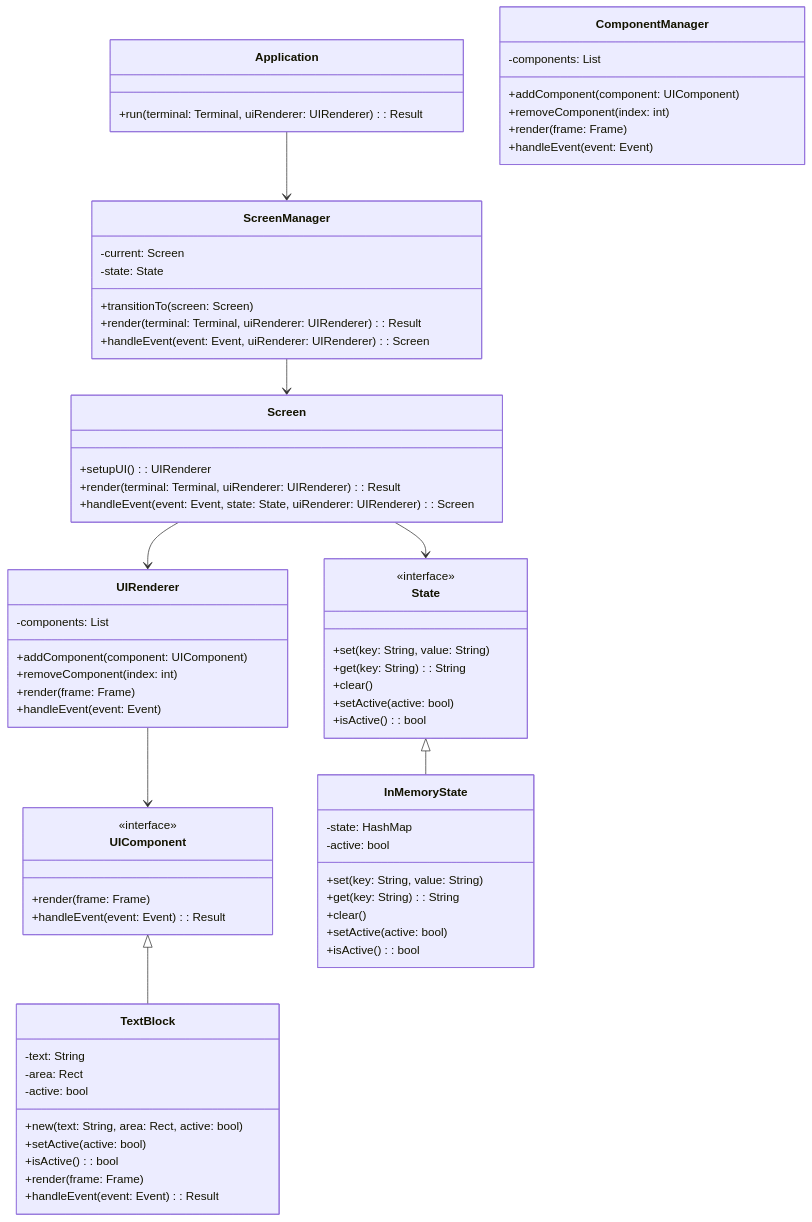
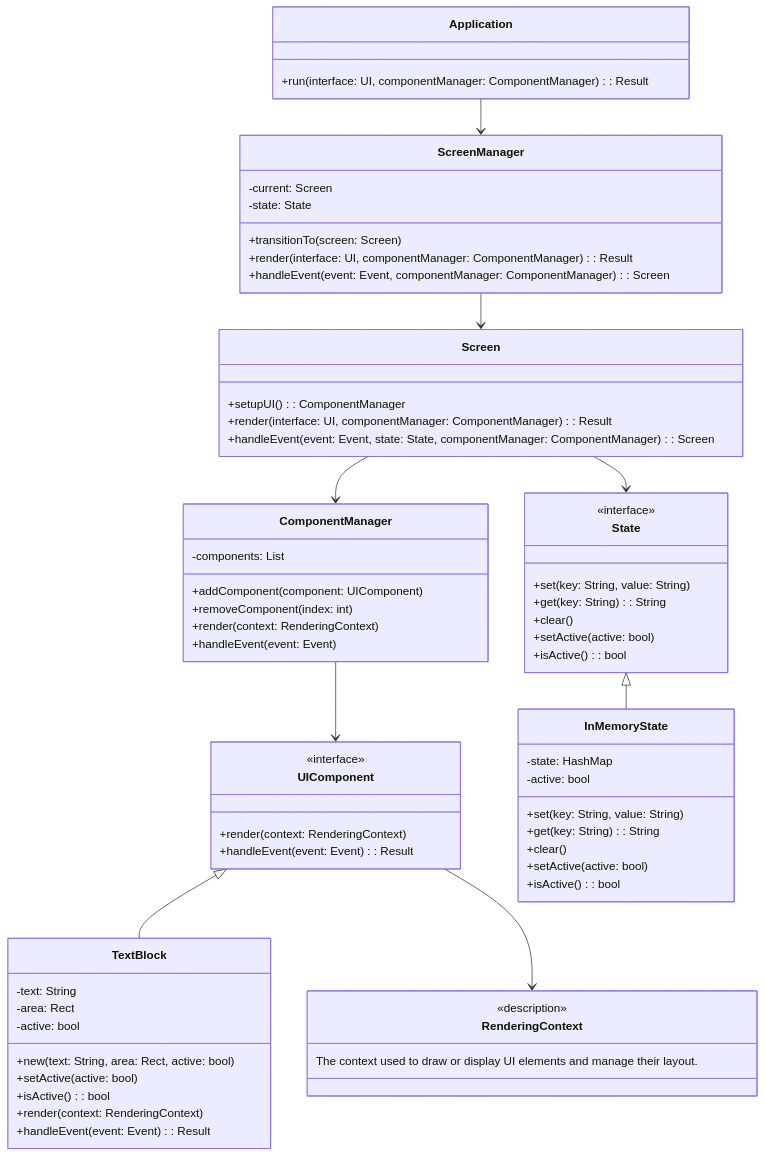
The diagram in board.md (Phastboy/commando), drawn with Mermaid before and after one commit.

````diff
--- a/board.md
+++ b/board.md
@@ -1,45 +1,36 @@
 ``` mermaid
 classDiagram
-
 direction TB
 
 class Application {
-    +run(terminal: Terminal, uiRenderer: UIRenderer): Result
+    +run(interface: UI, componentManager: ComponentManager): Result
 }
 
 class ComponentManager {
     +addComponent(component: UIComponent)
     +removeComponent(index: int)
-    +render(frame: Frame)
+    +render(context: RenderingContext)
     +handleEvent(event: Event)
     -components: List<UIComponent>
 }
 
 class ScreenManager {
     +transitionTo(screen: Screen)
-    +render(terminal: Terminal, uiRenderer: UIRenderer): Result
-    +handleEvent(event: Event, uiRenderer: UIRenderer): Screen
+    +render(interface: UI, componentManager: ComponentManager): Result
+    +handleEvent(event: Event, componentManager: ComponentManager): Screen
     -current: Screen
     -state: State
 }
 
 class Screen {
-    +setupUI(): UIRenderer
-    +render(terminal: Terminal, uiRenderer: UIRenderer): Result
-    +handleEvent(event: Event, state: State, uiRenderer: UIRenderer): Screen
-}
-
-class UIRenderer {
-    +addComponent(component: UIComponent)
-    +removeComponent(index: int)
-    +render(frame: Frame)
-    +handleEvent(event: Event)
-    -components: List<UIComponent>
+    +setupUI(): ComponentManager
+    +render(interface: UI, componentManager: ComponentManager): Result
+    +handleEvent(event: Event, state: State, componentManager: ComponentManager): Screen
 }
 
 class UIComponent {
     <<interface>>
-    +render(frame: Frame)
+    +render(context: RenderingContext)
     +handleEvent(event: Event): Result
 }
 
@@ -47,7 +38,7 @@
     +new(text: String, area: Rect, active: bool)
     +setActive(active: bool)
     +isActive(): bool
-    +render(frame: Frame)
+    +render(context: RenderingContext)
     +handleEvent(event: Event): Result
     -text: String
     -area: Rect
@@ -73,11 +64,17 @@
     -active: bool
 }
 
+class RenderingContext {
+    <<description>>
+    The context used to draw or display UI elements and manage their layout.
+}
+
 Application --> ScreenManager
 ScreenManager --> Screen
-Screen --> UIRenderer
+Screen --> ComponentManager
 Screen --> State
-UIRenderer --> UIComponent
+ComponentManager --> UIComponent
 UIComponent <|-- TextBlock
 State <|-- InMemoryState
+UIComponent --> RenderingContext
 ```
````
